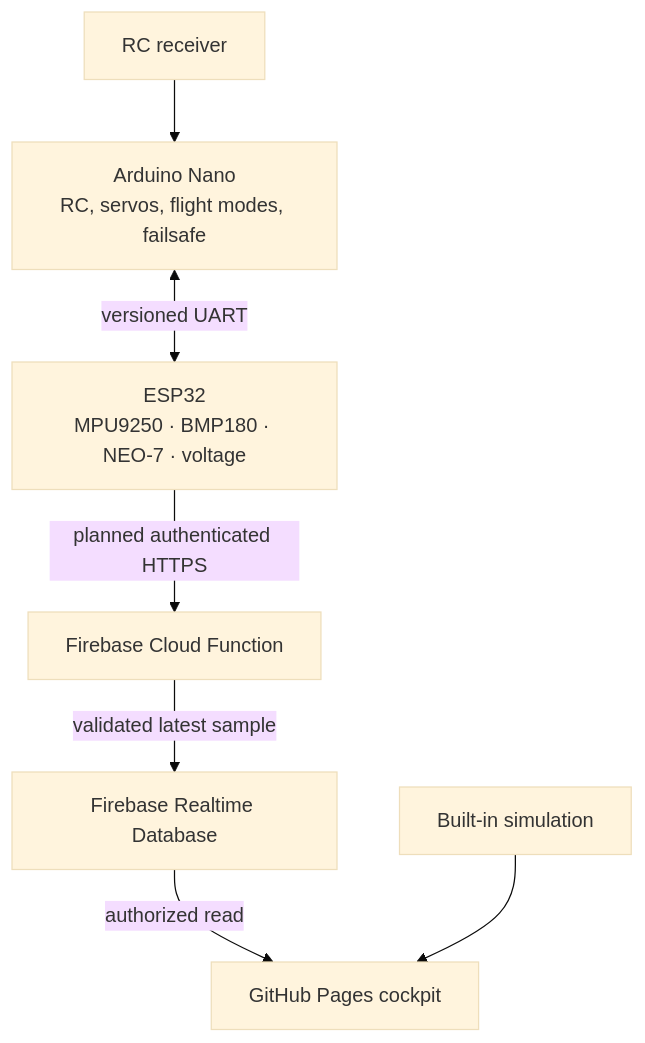
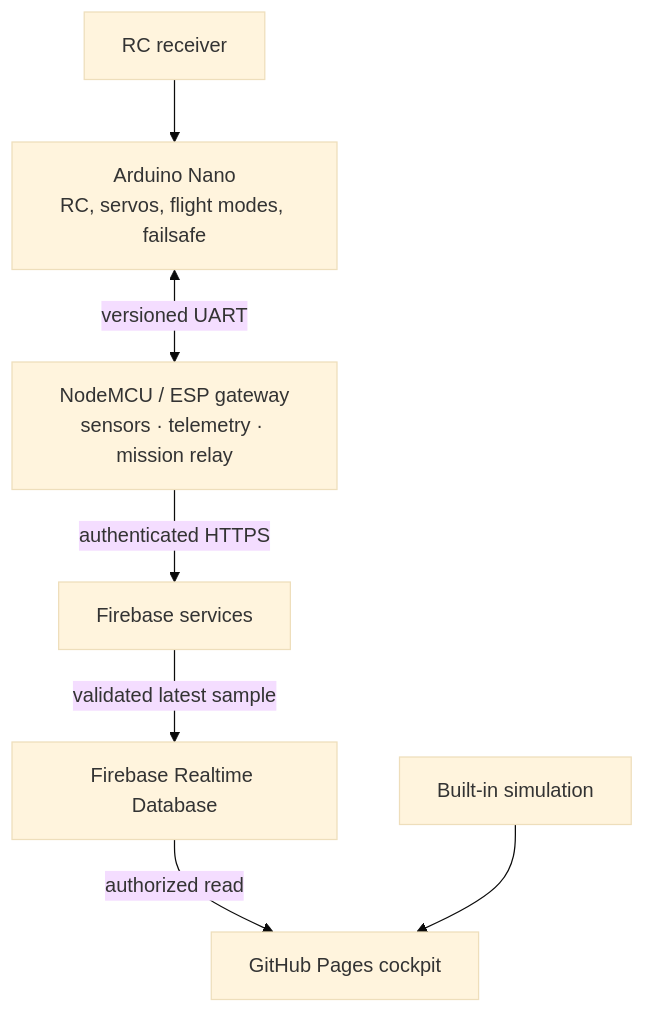
The diagram in README.md (Turkson225/flight-command-center), drawn with Mermaid (base theme) before and after one commit. The commit also changed other lines of this file and 17 other files, not shown here.

Commit message:
Add safe Firebase mission planner

````diff
--- a/README.md
+++ b/README.md
@@ -39,9 +46,9 @@
 ```mermaid
 flowchart TB
   RC["RC receiver"] --> Nano["Arduino Nano<br/>RC, servos, flight modes, failsafe"]
-  Nano <-->|"versioned UART"| ESP["ESP32<br/>MPU9250 · BMP180 · NEO-7 · voltage"]
-  ESP -->|"planned authenticated HTTPS"| Ingest["Firebase Cloud Function"]
+  Nano <-->|"versioned UART"| ESP["NodeMCU / ESP gateway<br/>sensors · telemetry · mission relay"]
+  ESP -->|"authenticated HTTPS"| Ingest["Firebase services"]
   Ingest -->|"validated latest sample"| DB["Firebase Realtime Database"]
   DB -->|"authorized read"| UI["GitHub Pages cockpit"]
   Sim["Built-in simulation"] --> UI
 ```
````
